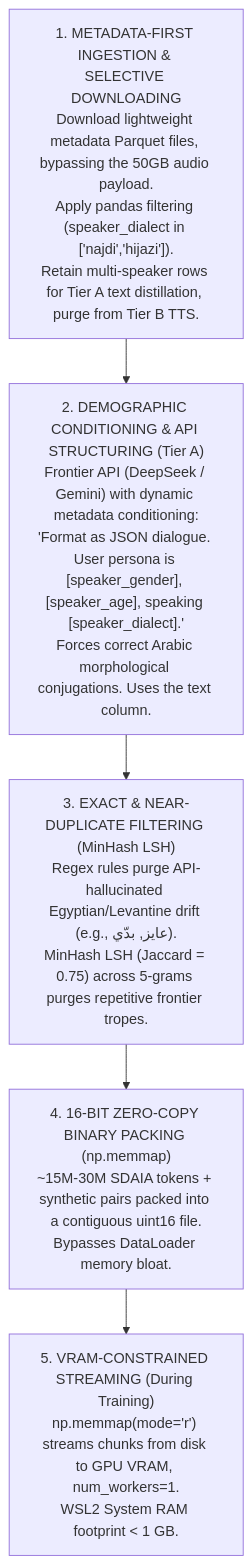
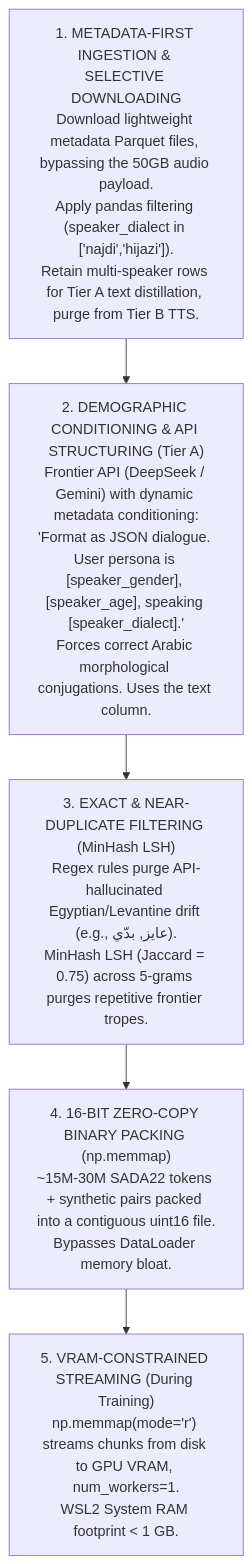
The second of 5 diagrams in docs/BLUEPRINT.md (aymanaboghonim/bayan-slm-engine), drawn with Mermaid before and after one commit. The commit also changed other lines of this file and 8 other files, not shown here.

Commit message:
feat(data): M1.2 - SADA22 metadata ingestion & modality routing

````diff
--- a/docs/BLUEPRINT.md
+++ b/docs/BLUEPRINT.md
@@ -67,7 +67,7 @@
 ```mermaid
 flowchart TD
     A["1. METADATA-FIRST INGESTION & SELECTIVE DOWNLOADING<br/>Download lightweight metadata Parquet files, bypassing the 50GB audio payload.<br/>Apply pandas filtering (speaker_dialect in ['najdi','hijazi']).<br/>Retain multi-speaker rows for Tier A text distillation, purge from Tier B TTS."] --> B["2. DEMOGRAPHIC CONDITIONING & API STRUCTURING (Tier A)<br/>Frontier API (DeepSeek / Gemini) with dynamic metadata conditioning:<br/>'Format as JSON dialogue. User persona is [speaker_gender], [speaker_age], speaking [speaker_dialect].'<br/>Forces correct Arabic morphological conjugations. Uses the text column."]
     B --> C["3. EXACT & NEAR-DUPLICATE FILTERING (MinHash LSH)<br/>Regex rules purge API-hallucinated Egyptian/Levantine drift (e.g., عايز, بدّي).<br/>MinHash LSH (Jaccard = 0.75) across 5-grams purges repetitive frontier tropes."]
-    C --> D["4. 16-BIT ZERO-COPY BINARY PACKING (np.memmap)<br/>~15M-30M SDAIA tokens + synthetic pairs packed into a contiguous uint16 file.<br/>Bypasses DataLoader memory bloat."]
+    C --> D["4. 16-BIT ZERO-COPY BINARY PACKING (np.memmap)<br/>~15M-30M SADA22 tokens + synthetic pairs packed into a contiguous uint16 file.<br/>Bypasses DataLoader memory bloat."]
     D --> E["5. VRAM-CONSTRAINED STREAMING (During Training)<br/>np.memmap(mode='r') streams chunks from disk to GPU VRAM, num_workers=1.<br/>WSL2 System RAM footprint < 1 GB."]
 ```
````
